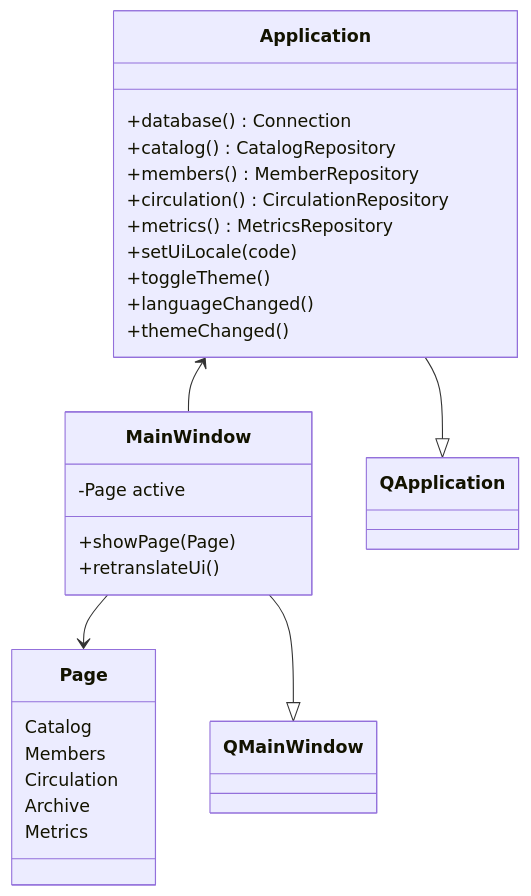
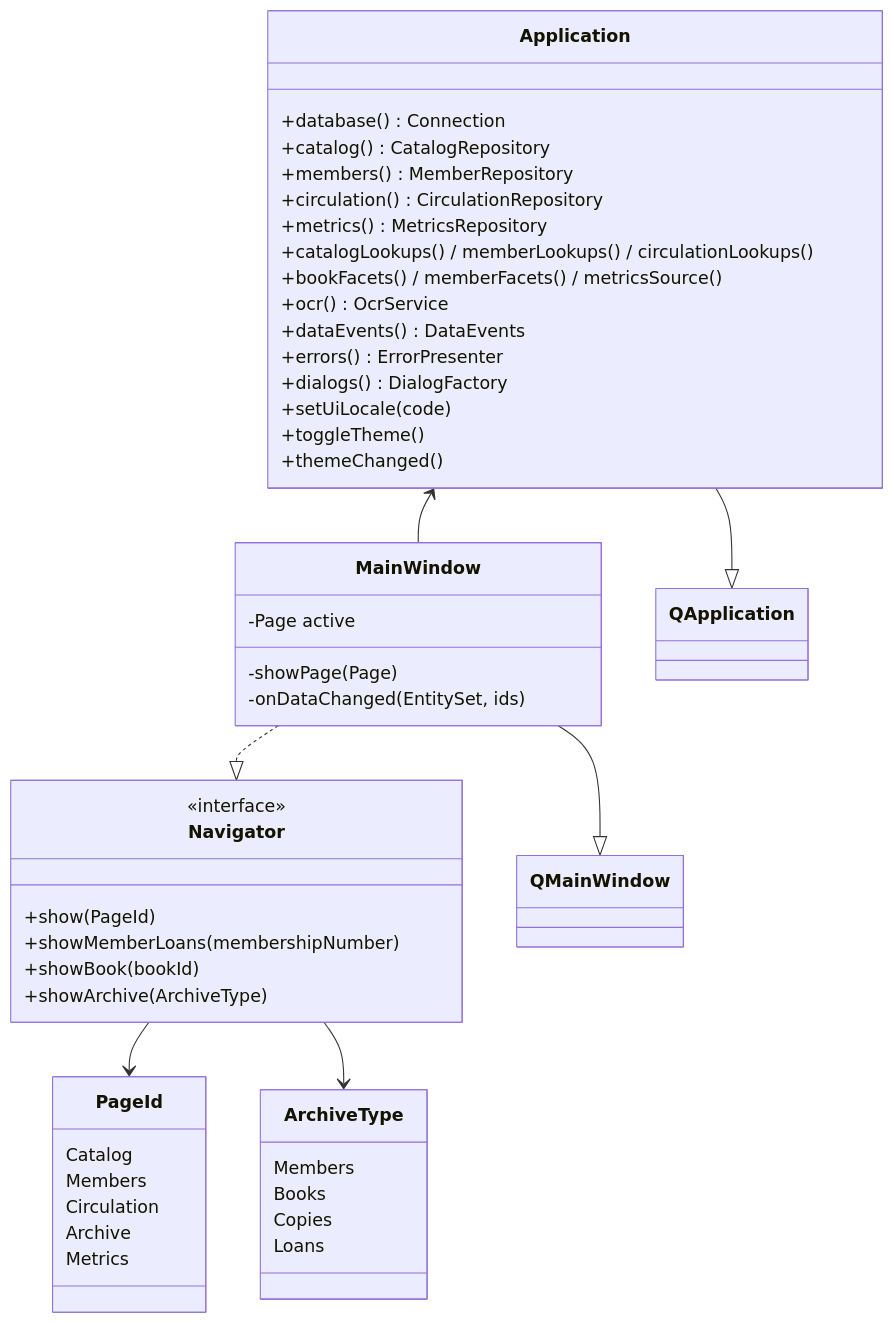
One commit to medaminben/VLMS changed diagram 19 of 28 in docs/architecture/beta-uml.md. Above: the diagram before and after it, drawn with Mermaid. The commit also changed other lines of this file, not shown here.

First line of the commit message:
Refresh the Beta UML for the frontend redesign.

````diff
--- a/docs/architecture/beta-uml.md
+++ b/docs/architecture/beta-uml.md
@@ -596,31 +731,51 @@
 ```mermaid
 classDiagram
     direction TB
     class Application {
         +database() Connection
         +catalog() CatalogRepository
         +members() MemberRepository
         +circulation() CirculationRepository
         +metrics() MetricsRepository
+        +catalogLookups() / memberLookups() / circulationLookups()
+        +bookFacets() / memberFacets() / metricsSource()
+        +ocr() OcrService
+        +dataEvents() DataEvents
+        +errors() ErrorPresenter
+        +dialogs() DialogFactory
         +setUiLocale(code)
         +toggleTheme()
-        +languageChanged()
         +themeChanged()
+    }
+    class Navigator {
+        <<interface>>
+        +show(PageId)
+        +showMemberLoans(membershipNumber)
+        +showBook(bookId)
+        +showArchive(ArchiveType)
     }
     class MainWindow {
         -Page active
-        +showPage(Page)
-        +retranslateUi()
+        -showPage(Page)
+        -onDataChanged(EntitySet, ids)
     }
-    class Page {
+    class PageId {
         Catalog
         Members
         Circulation
         Archive
         Metrics
     }
+    class ArchiveType {
+        Members
+        Books
+        Copies
+        Loans
+    }
     Application <-- MainWindow
-    MainWindow --> Page
+    MainWindow ..|> Navigator
+    Navigator --> PageId
+    Navigator --> ArchiveType
     Application --|> QApplication
     MainWindow --|> QMainWindow
 ```
````
